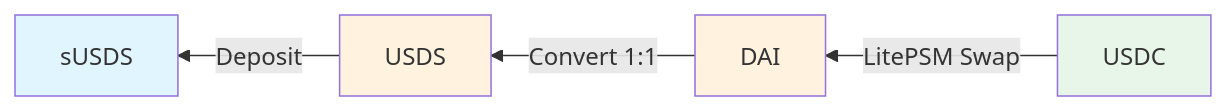
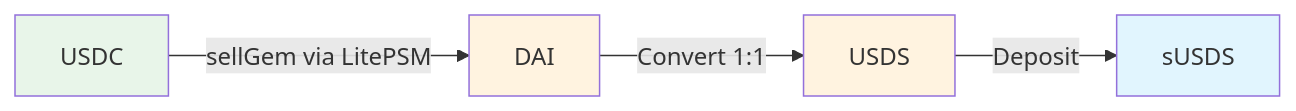
The second of 5 diagrams in README.md (amusingaxl/sky-utils), drawn with Mermaid before and after one commit. The commit also changed other lines of this file, not shown here.

First line of the commit message:
docs: fix diagram terminology for LitePSM interactions

````diff
--- a/README.md
+++ b/README.md
@@ -47,11 +47,11 @@
 ```mermaid
-graph RL
-    A[USDC] -->|LitePSM Swap| B[DAI]
+graph LR
+    A[USDC] -->|sellGem via LitePSM| B[DAI]
     B -->|Convert 1:1| C[USDS]
     C -->|Deposit| D[sUSDS]
 
     style A fill:#e8f5e9
     style B fill:#fff3e0
     style C fill:#fff3e0
     style D fill:#e1f5fe
 ```
````
